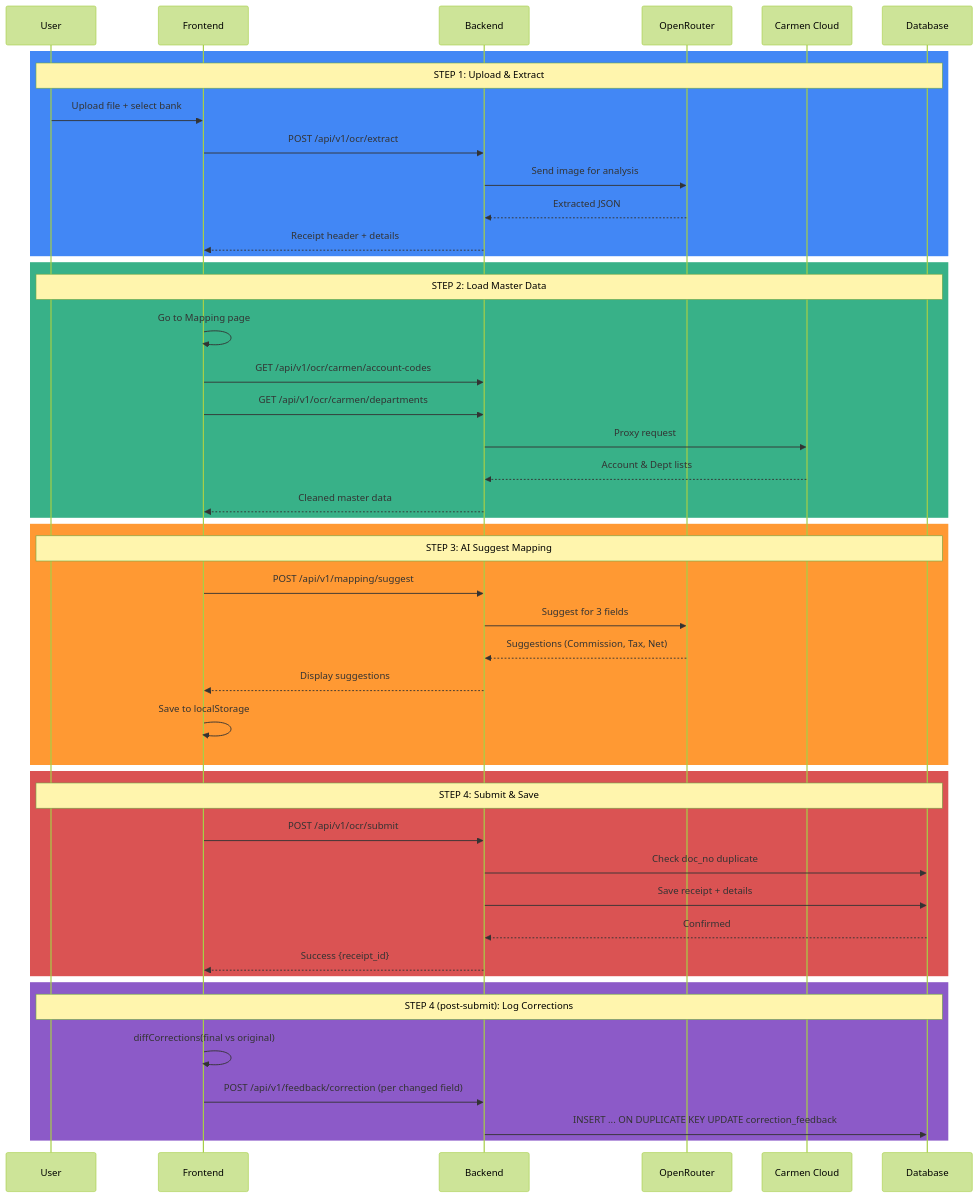
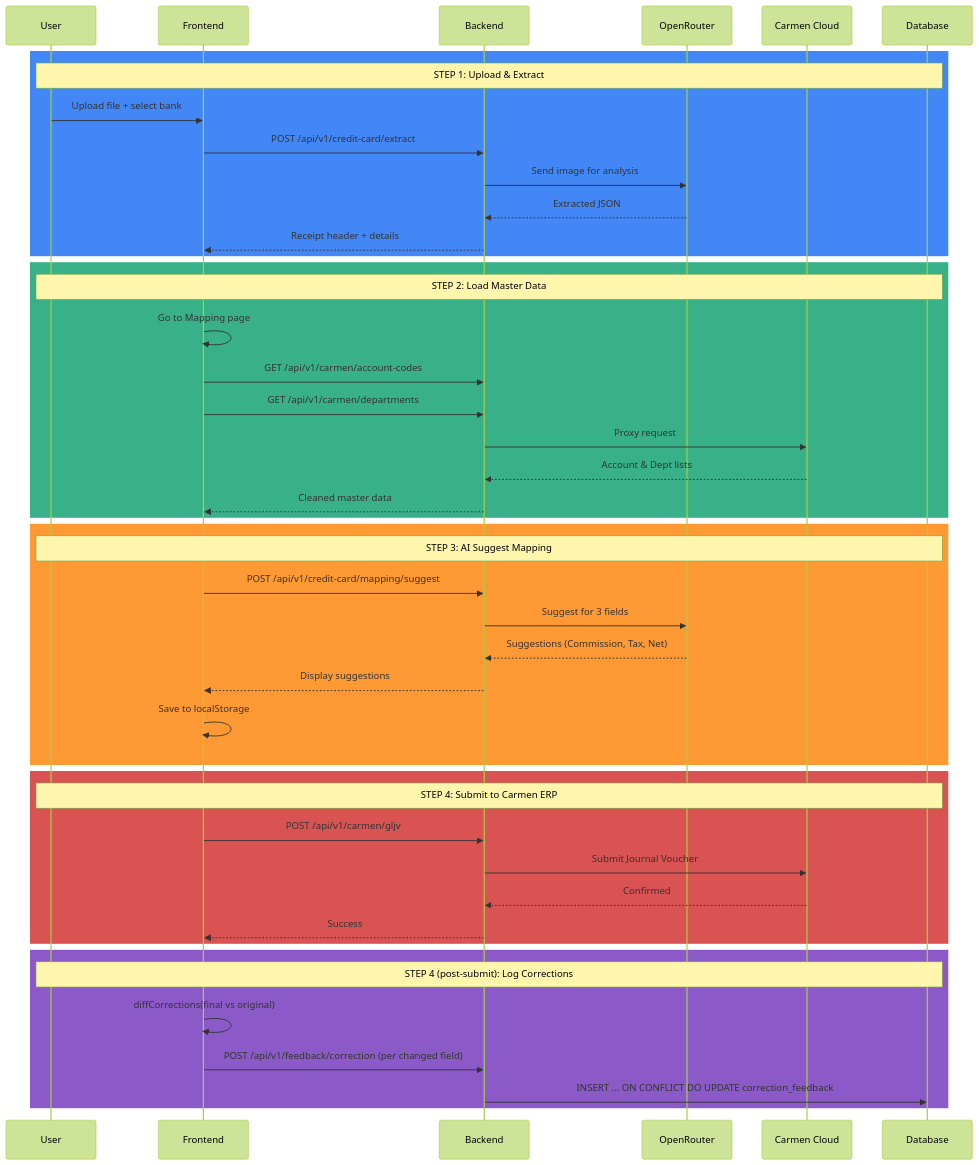
The second of 8 diagrams in docs/Software_Requirements_Specification.md (developer-carmensoftware/OCR), drawn with Mermaid (forest theme) before and after one commit. The commit also changed other lines of this file and 27 other files, not shown here.

````diff
--- a/docs/Software_Requirements_Specification.md
+++ b/docs/Software_Requirements_Specification.md
@@ -100,53 +101,52 @@
 ```mermaid
 sequenceDiagram
     participant User
     participant UI as Frontend
     participant BE as Backend
     participant LLM as OpenRouter
     participant Carmen as Carmen Cloud
     participant DB as Database
 
     rect rgb(66, 135, 245)
         Note over User,DB: STEP 1: Upload & Extract
         User->>UI: Upload file + select bank
-        UI->>BE: POST /api/v1/ocr/extract
+        UI->>BE: POST /api/v1/credit-card/extract
         BE->>LLM: Send image for analysis
         LLM-->>BE: Extracted JSON
         BE-->>UI: Receipt header + details
     end
 
     rect rgb(56, 177, 136)
         Note over User,DB: STEP 2: Load Master Data
         UI->>UI: Go to Mapping page
-        UI->>BE: GET /api/v1/ocr/carmen/account-codes
-        UI->>BE: GET /api/v1/ocr/carmen/departments
+        UI->>BE: GET /api/v1/carmen/account-codes
+        UI->>BE: GET /api/v1/carmen/departments
         BE->>Carmen: Proxy request
         Carmen-->>BE: Account & Dept lists
         BE-->>UI: Cleaned master data
     end
 
     rect rgb(255, 153, 51)
         Note over User,DB: STEP 3: AI Suggest Mapping
-        UI->>BE: POST /api/v1/mapping/suggest
+        UI->>BE: POST /api/v1/credit-card/mapping/suggest
         BE->>LLM: Suggest for 3 fields
         LLM-->>BE: Suggestions (Commission, Tax, Net)
         BE-->>UI: Display suggestions
         UI->>UI: Save to localStorage
     end
 
     rect rgb(218, 83, 83)
-        Note over User,DB: STEP 4: Submit & Save
-        UI->>BE: POST /api/v1/ocr/submit
-        BE->>DB: Check doc_no duplicate
-        BE->>DB: Save receipt + details
-        DB-->>BE: Confirmed
-        BE-->>UI: Success {receipt_id}
+        Note over User,DB: STEP 4: Submit to Carmen ERP
+        UI->>BE: POST /api/v1/carmen/gljv
+        BE->>Carmen: Submit Journal Voucher
+        Carmen-->>BE: Confirmed
+        BE-->>UI: Success
     end
 
     rect rgb(140, 90, 200)
         Note over User,DB: STEP 4 (post-submit): Log Corrections
         UI->>UI: diffCorrections(final vs original)
         UI->>BE: POST /api/v1/feedback/correction (per changed field)
-        BE->>DB: INSERT ... ON DUPLICATE KEY UPDATE correction_feedback
+        BE->>DB: INSERT ... ON CONFLICT DO UPDATE correction_feedback
     end
 ```
````
